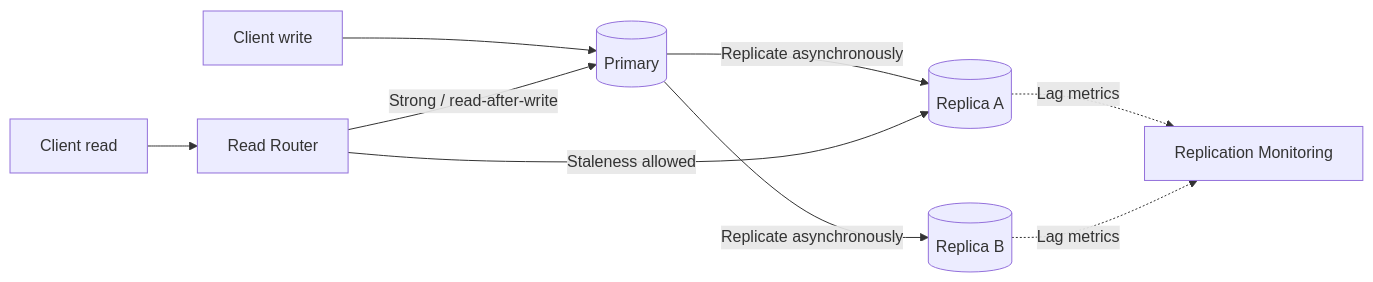
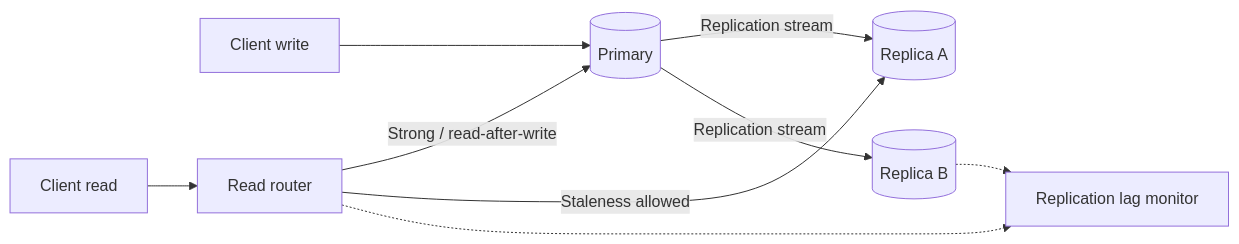
One commit to luckyhegde6/HLD_patterns changed the first of 3 diagrams in fundamentals/consistency_models.md. Above: the diagram before and after it, drawn with Mermaid. The commit also changed other lines of this file, not shown here.

Commit message:
docs: expand consistency_models.md with practical diagrams and examples

````diff
--- a/fundamentals/consistency_models.md
+++ b/fundamentals/consistency_models.md
@@ -20,11 +7,11 @@
 ```mermaid
 flowchart LR
-    W[Client write] --> P[(Primary)]
-    P -->|Replicate asynchronously| R1[(Replica A)]
-    P -->|Replicate asynchronously| R2[(Replica B)]
-    Q[Client read] --> Router[Read Router]
-    Router -->|Strong / read-after-write| P
-    Router -->|Staleness allowed| R1
-    R1 -.->|Lag metrics| M[Replication Monitoring]
-    R2 -.->|Lag metrics| M
+  W[Client write] --> P[(Primary)]
+  P -->|Replication stream| R1[(Replica A)]
+  P -->|Replication stream| R2[(Replica B)]
+  Q[Client read] --> ROUTER[Read router]
+  ROUTER -->|Strong / read-after-write| P
+  ROUTER -->|Staleness allowed| R1
+  ROUTER -.-> M[Replication lag monitor]
+  R2 -.-> M
 ```
````
